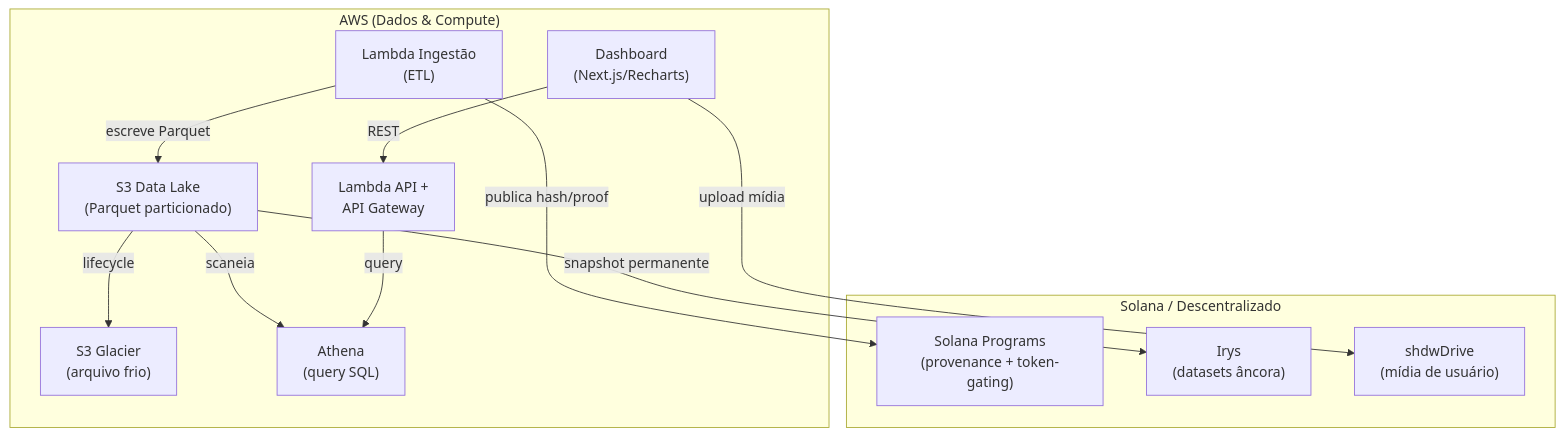
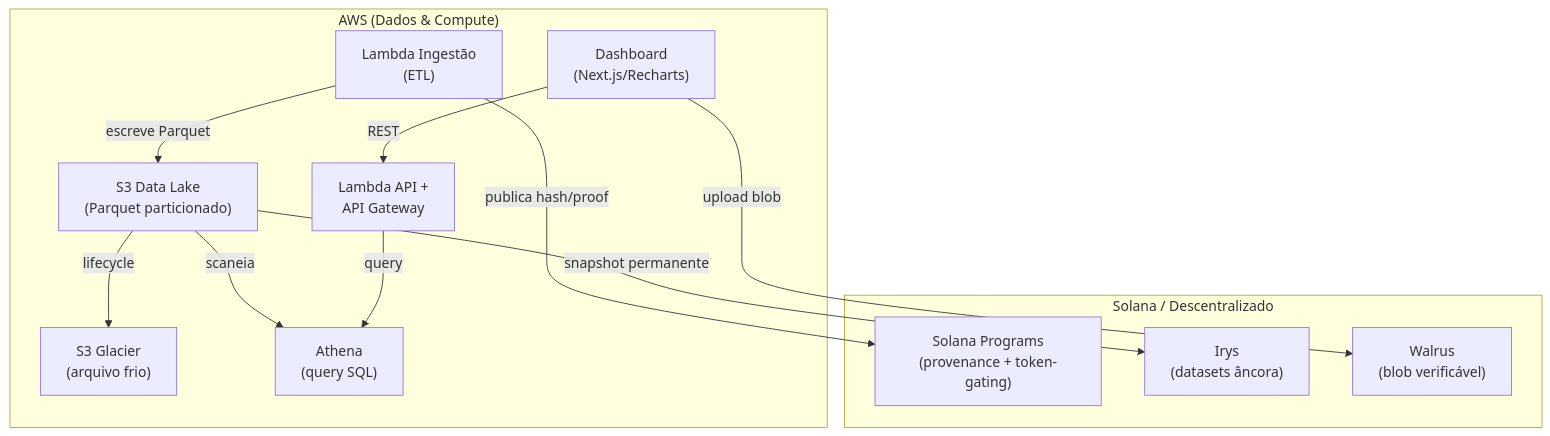
Before and after one commit to cesschneider/colosseum-hackathon: the second of 4 diagrams in docs/architecture/C4-DIAGRAM.md, drawn with Mermaid. The commit also changed other lines of this file and 11 other files, not shown here.

Commit message:
docs(research): Substitui shdwDrive (abandonado) por Walrus + corrige custos e diagramas

````diff
--- a/docs/architecture/C4-DIAGRAM.md
+++ b/docs/architecture/C4-DIAGRAM.md
@@ -36,27 +36,27 @@
 ```mermaid
 flowchart TB
     subgraph AWS["AWS (Dados & Compute)"]
         S3["S3 Data Lake<br/>(Parquet particionado)"]
         Glacier["S3 Glacier<br/>(arquivo frio)"]
         Athena["Athena<br/>(query SQL)"]
         Ingest["Lambda Ingestão<br/>(ETL)"]
         API["Lambda API +<br/>API Gateway"]
         Frontend["Dashboard<br/>(Next.js/Recharts)"]
     end
 
     subgraph Web3["Solana / Descentralizado"]
         Chain["Solana Programs<br/>(provenance + token-gating)"]
         Irys["Irys<br/>(datasets âncora)"]
-        Shdw["shdwDrive<br/>(mídia de usuário)"]
+        Walrus["Walrus<br/>(blob verificável)"]
     end
 
     Ingest -->|"escreve Parquet"| S3
     S3 -->|"lifecycle"| Glacier
     S3 -->|"scaneia"| Athena
     API -->|"query"| Athena
     Frontend -->|"REST"| API
 
     Ingest -->|"publica hash/proof"| Chain
     S3 -->|"snapshot permanente"| Irys
-    Frontend -->|"upload mídia"| Shdw
+    Frontend -->|"upload blob"| Walrus
 ```
````
